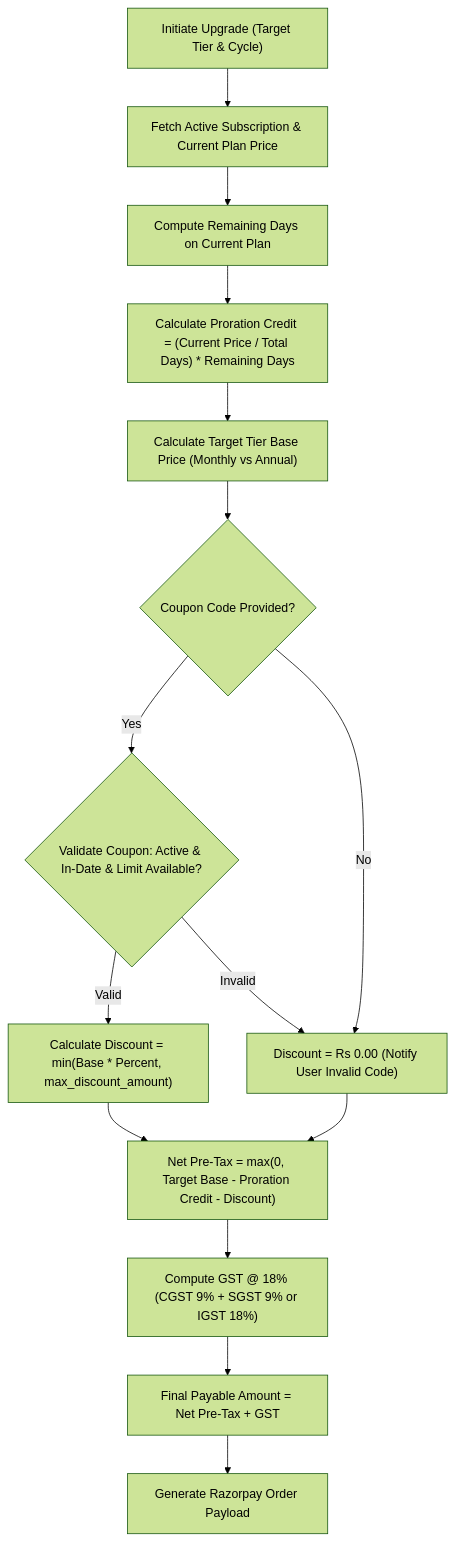
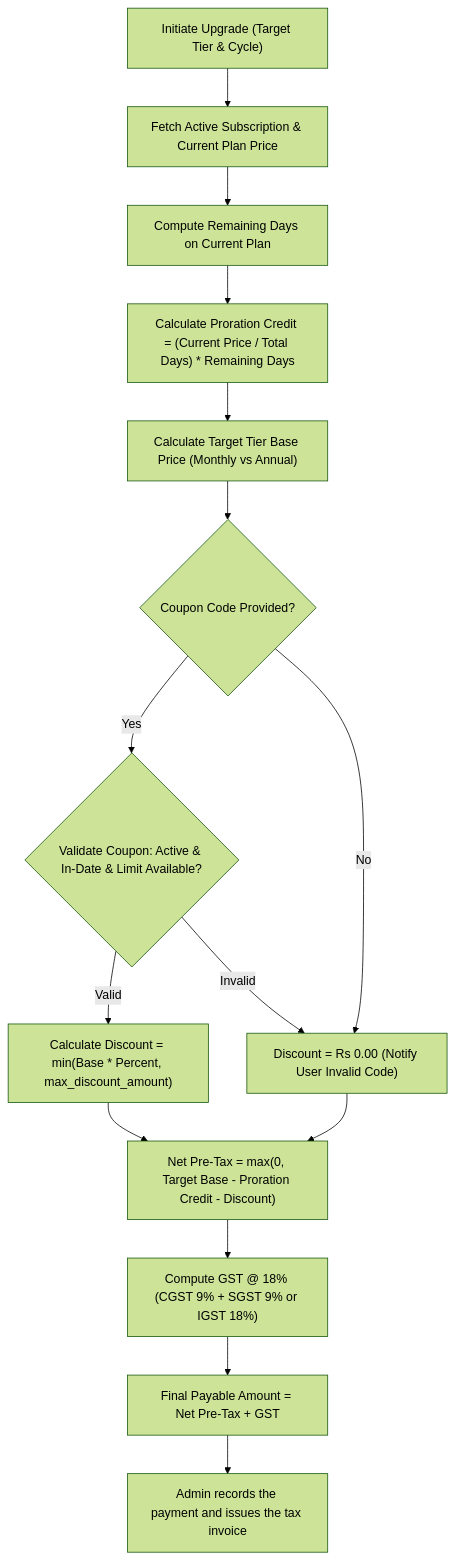
Before and after one commit to veer0401/inventra: diagram 12 of 13 in docs/SYSTEM_DIAGRAMS_AND_FUTURE_ROADMAP.md, drawn with Mermaid (forest theme). The commit also changed other lines of this file and 23 other files, not shown here.

First line of the commit message:
Remove Razorpay payment integration

````diff
--- a/docs/SYSTEM_DIAGRAMS_AND_FUTURE_ROADMAP.md
+++ b/docs/SYSTEM_DIAGRAMS_AND_FUTURE_ROADMAP.md
@@ -900,21 +898,21 @@
 ```mermaid
 flowchart TD
     A["Initiate Upgrade (Target Tier & Cycle)"] --> B["Fetch Active Subscription & Current Plan Price"]
     B --> C["Compute Remaining Days on Current Plan"]
     C --> D["Calculate Proration Credit = (Current Price / Total Days) * Remaining Days"]
     
     D --> E["Calculate Target Tier Base Price (Monthly vs Annual)"]
     E --> F{"Coupon Code Provided?"}
     
     F -- "Yes" --> G{"Validate Coupon: Active & In-Date & Limit Available?"}
     G -- "Valid" --> H["Calculate Discount = min(Base * Percent, max_discount_amount)"]
     G -- "Invalid" --> I["Discount = Rs 0.00 (Notify User Invalid Code)"]
     F -- "No" --> I
     
     H --> J["Net Pre-Tax = max(0, Target Base - Proration Credit - Discount)"]
     I --> J
     
     J --> K["Compute GST @ 18% (CGST 9% + SGST 9% or IGST 18%)"]
     K --> L["Final Payable Amount = Net Pre-Tax + GST"]
-    L --> M["Generate Razorpay Order Payload"]
+    L --> M["Admin records the payment and issues the tax invoice"]
 ```
````
